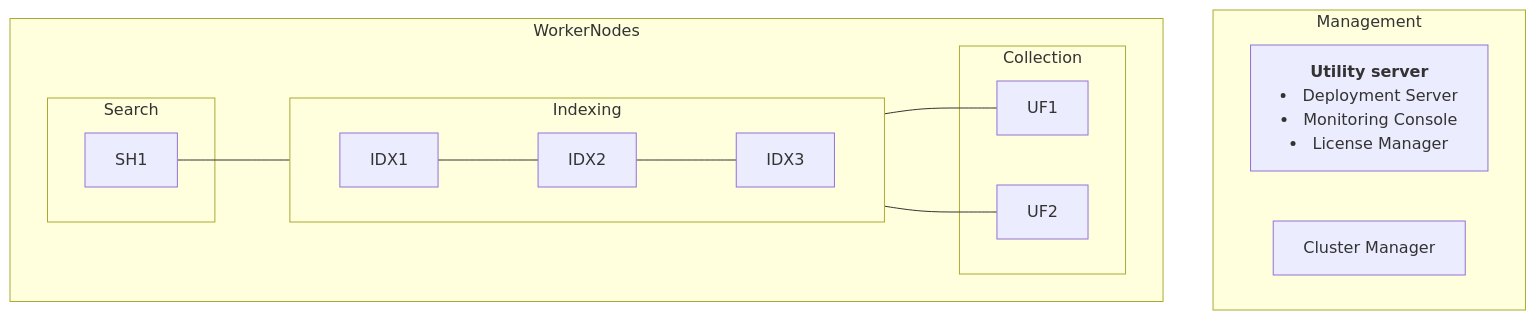
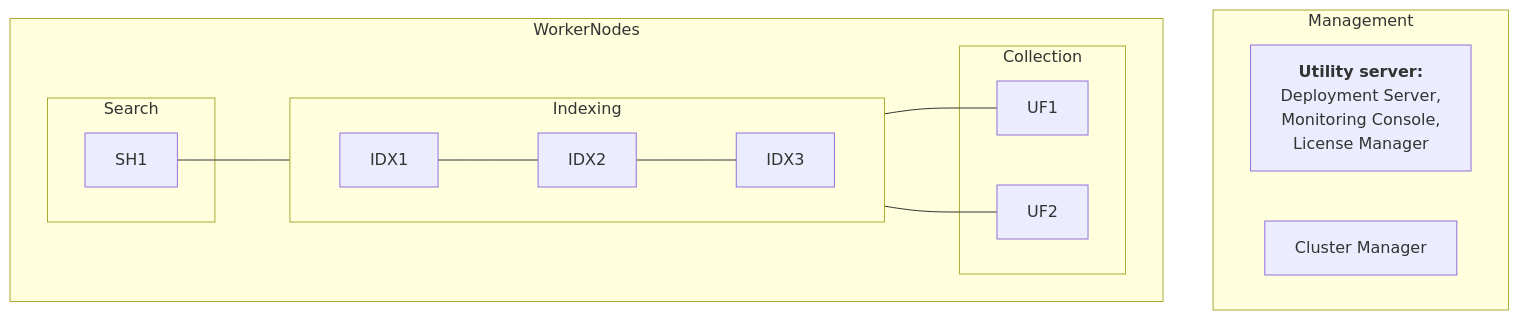
Before and after one commit to McInnesd/Splunk: the first of 2 diagrams in labs/index_cluster_sva_c1/README.md, drawn with Mermaid. The commit also changed other lines of this file and 3 other files, not shown here.

````diff
--- a/labs/index_cluster_sva_c1/README.md
+++ b/labs/index_cluster_sva_c1/README.md
@@ -3,25 +2,29 @@
 ```mermaid
+%%{init: {"flowchart": {"htmlLabels": false}} }%%
 graph TD
     linkStyle default interpolate basis
     subgraph Management
         direction LR
-        UTL1[<b>Utility server</b><li>Deployment Server</li><li>Monitoring Console</li><li>License Manager</li>]
+        UTL1["`**Utility server:**
+        Deployment Server, 
+        Monitoring Console,
+        License Manager`"]
         CM["Cluster Manager"]
     end
     subgraph WorkerNodes
         subgraph Search
             SH1
         end
         subgraph Indexing
             direction LR
             IDX1---IDX2---IDX3
         end
         subgraph Collection
             UF1
             UF2
         end
         SH1---Indexing
         Indexing---UF1
         Indexing---UF2
     end
 ```
````
